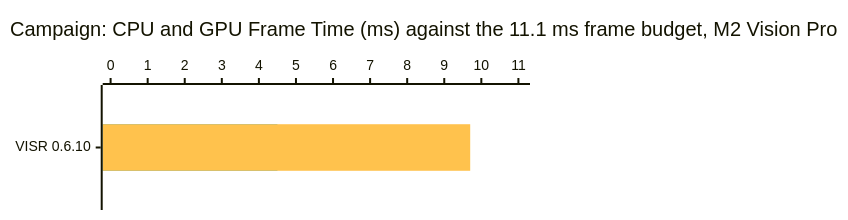
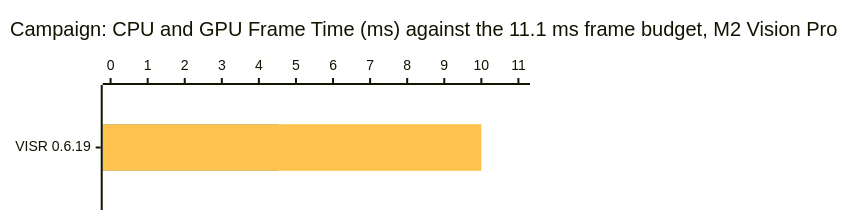
One commit to VISR-CE/visr changed the seventh of 8 diagrams in docs/benchmarks.md. Above: the diagram before and after it, drawn with Mermaid. The commit also changed other lines of this file and 3 other files, not shown here.

````diff
--- a/docs/benchmarks.md
+++ b/docs/benchmarks.md
@@ -198,17 +198,17 @@
 ```mermaid
 ---
 config:
   xyChart:
     width: 520
     height: 200
   themeVariables:
     xyChart:
       plotColorPalette: "#1fa9d4, #ffc24d"
 ---
 xychart-beta horizontal
     title "Campaign: CPU and GPU Frame Time (ms) against the 11.1 ms frame budget, M2 Vision Pro"
-    x-axis "" ["VISR 0.6.10"]
+    x-axis "" ["VISR 0.6.19"]
     y-axis "Milliseconds per frame" 0 --> 11.1
     bar [4.5]
-    bar [9.7]
+    bar [10]
 ```
````
